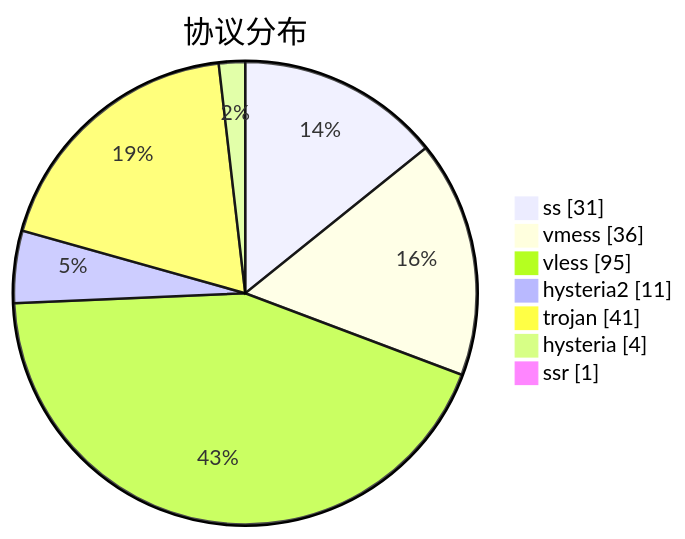
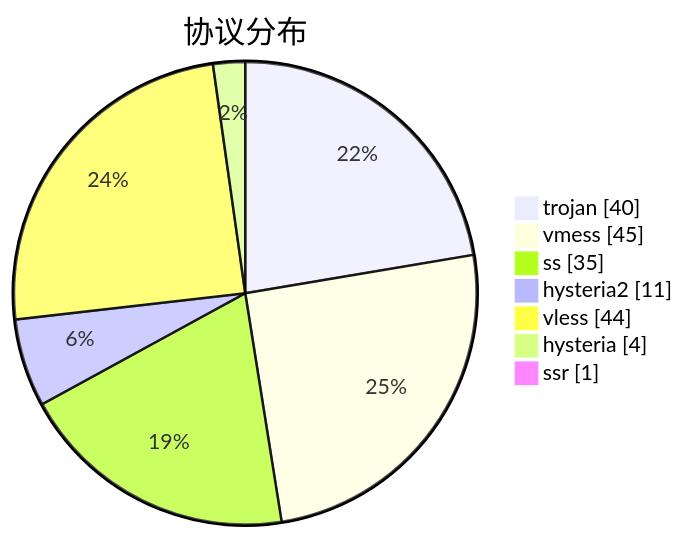
The third of 3 diagrams in subs/statistics/tested_within.md (sinspired/airport), drawn with Mermaid before and after one commit. The commit also changed other lines of this file and 2 other files, not shown here.

````diff
--- a/subs/statistics/tested_within.md
+++ b/subs/statistics/tested_within.md
@@ -40,11 +40,11 @@
 ```mermaid
 pie showData
 title 协议分布
-"ss" : 31
-"vmess" : 36
-"vless" : 95
+"trojan" : 40
+"vmess" : 45
+"ss" : 35
 "hysteria2" : 11
-"trojan" : 41
+"vless" : 44
 "hysteria" : 4
 "ssr" : 1
 ```
````
